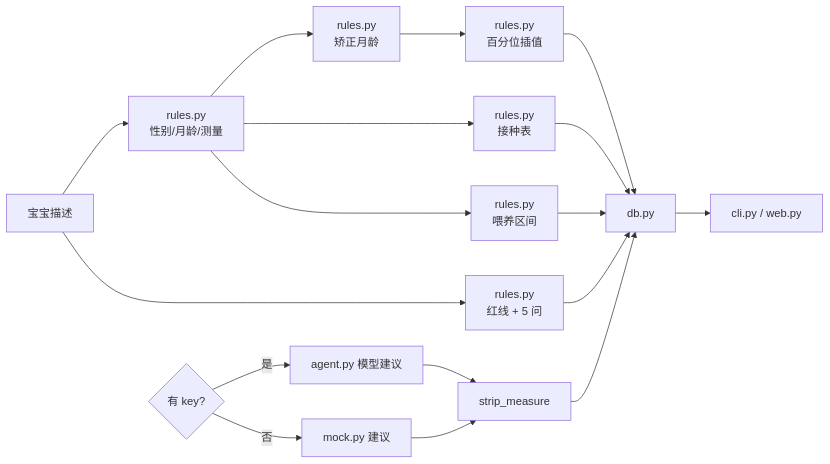
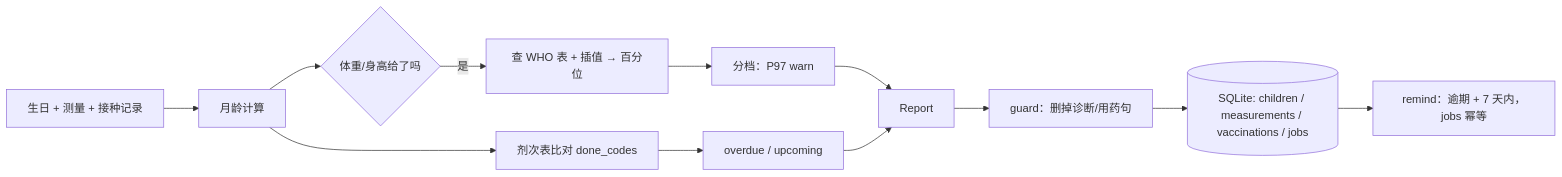
Before and after one commit to wushiyi105-jpg/yuer: the diagram in README.md, drawn with Mermaid. The commit also changed other lines of this file and 62 other files, not shown here.

````diff
--- a/README.md
+++ b/README.md
@@ -161,19 +89,14 @@
 ```mermaid
 flowchart LR
-    A[宝宝描述] --> B[rules.py<br/>性别/月龄/测量]
-    B --> C[rules.py<br/>矫正月龄]
-    C --> D[rules.py<br/>百分位插值]
-    B --> E[rules.py<br/>接种表]
-    B --> F[rules.py<br/>喂养区间]
-    A --> G[rules.py<br/>红线 + 5 问]
-    H{有 key?} -->|否| I[mock.py 建议]
-    H -->|是| J[agent.py 模型建议]
-    J --> K[strip_measure]
-    I --> K
-    D --> L[db.py]
-    E --> L
-    F --> L
-    G --> L
-    K --> L
-    L --> M[cli.py / web.py]
+    A[生日 + 测量 + 接种记录] --> B[月龄计算]
+    B --> C{体重/身高给了吗}
+    C -- 是 --> D[查 WHO 表 + 插值 → 百分位]
+    D --> E[分档：<P3 high / >P97 warn]
+    B --> F[剂次表比对 done_codes]
+    F --> G[overdue / upcoming]
+    E --> H[Report]
+    G --> H
+    H --> I[guard：删掉诊断/用药句]
+    I --> J[(SQLite: children / measurements / vaccinations / jobs)]
+    J --> K[remind：逾期 + 7 天内，jobs 幂等]
 ```
````
